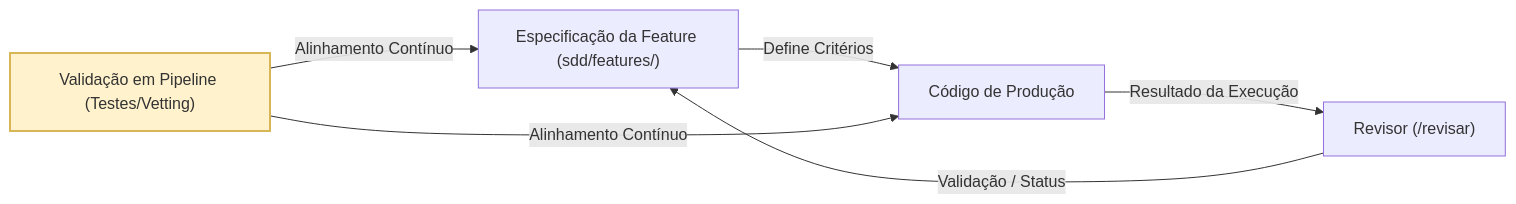
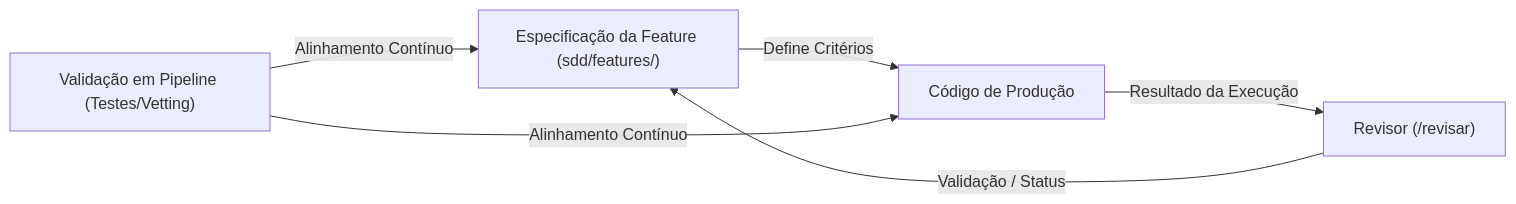
One commit to nathanramorim/forge-sdd changed the fourth of 5 diagrams in docs/arquitetura-e-fluxo-forge-sdd.md. Above: the diagram before and after it, drawn with Mermaid. The commit also changed other lines of this file, not shown here.

Commit message:
docs: simplify architecture diagrams, remove background colors and obsolete sections

````diff
--- a/docs/arquitetura-e-fluxo-forge-sdd.md
+++ b/docs/arquitetura-e-fluxo-forge-sdd.md
@@ -180,10 +167,8 @@
 ```mermaid
 graph LR
     Spec["Especificação da Feature (sdd/features/)"] -->|"Define Critérios"| Code["Código de Produção"]
     Code -->|"Resultado da Execução"| Review["Revisor (/revisar)"]
     Review -->|"Validação / Status"| Spec
     CI["Validação em Pipeline (Testes/Vetting)"] -->|"Alinhamento Contínuo"| Spec
     CI -->|"Alinhamento Contínuo"| Code
-    
-    style CI fill:#fff2cc,stroke:#d6b656,stroke-width:2px
 ```
````
